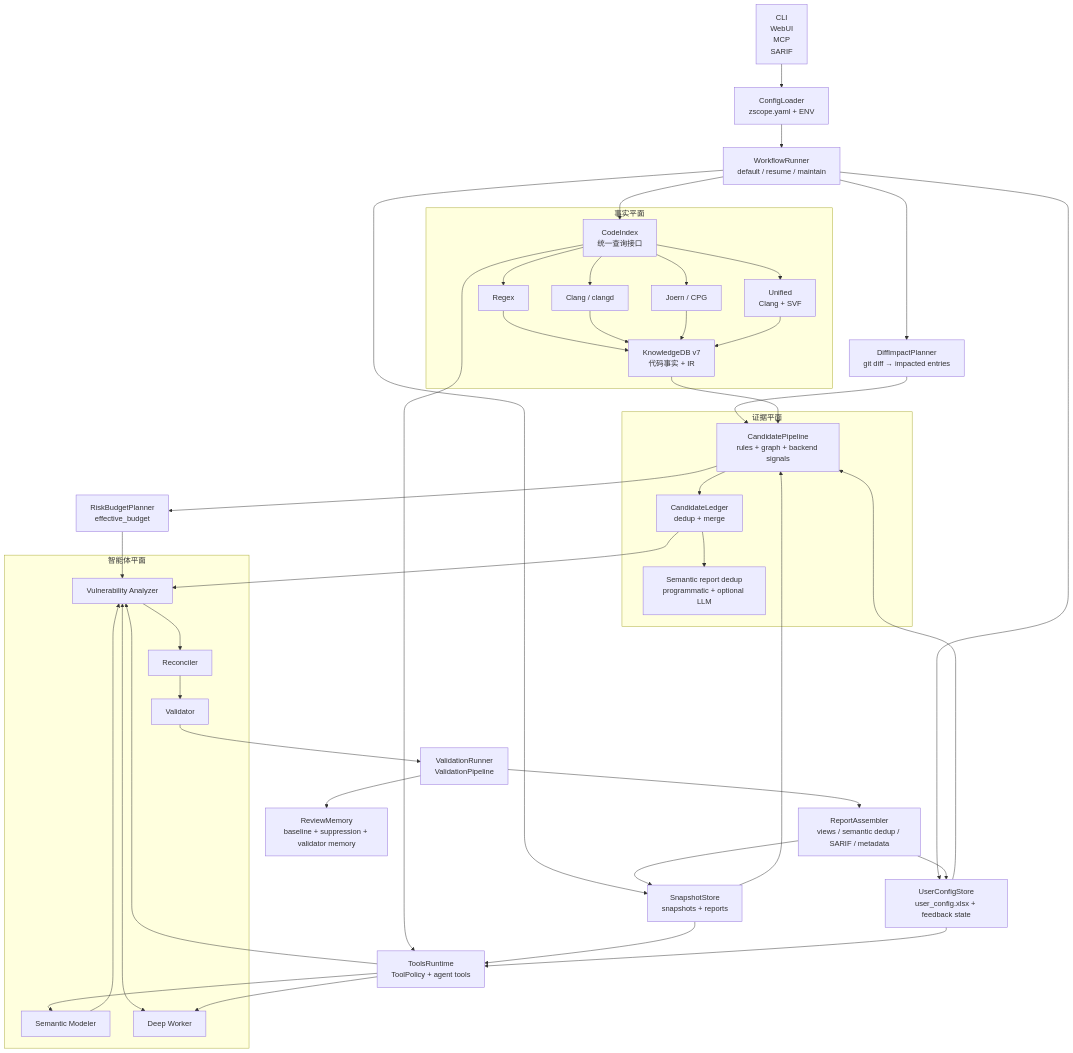
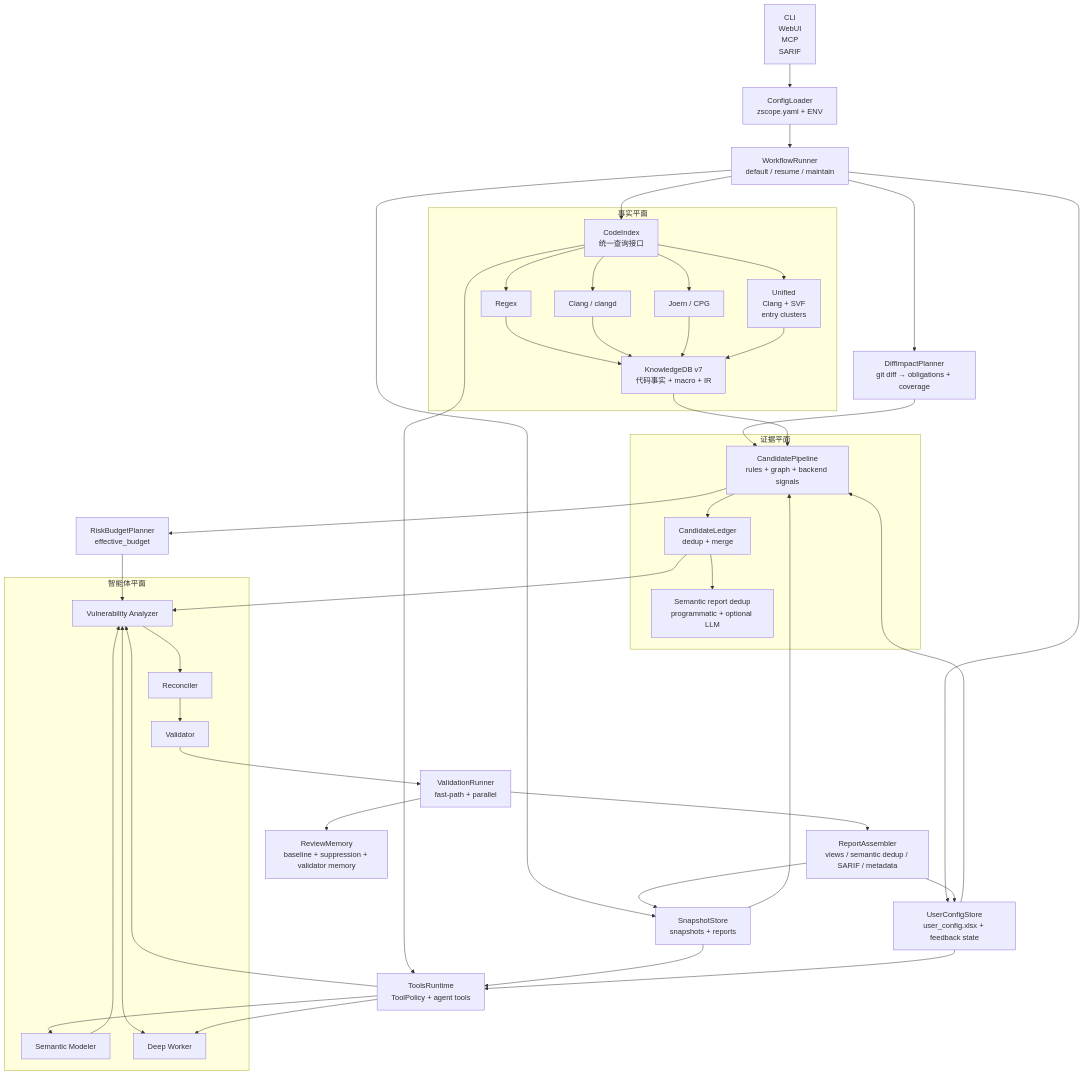
One commit to zealousness/Z-Scope changed the diagram in docs/architecture.md. Above: the diagram before and after it, drawn with Mermaid. The commit also changed other lines of this file and 4 other files, not shown here.

````diff
--- a/docs/architecture.md
+++ b/docs/architecture.md
@@ -44,70 +44,70 @@
 ```mermaid
 flowchart TB
     Ingress["CLI<br/>WebUI<br/>MCP<br/>SARIF"]
     Config["ConfigLoader<br/>zscope.yaml + ENV"]
     Workflow["WorkflowRunner<br/>default / resume / maintain"]
-    DiffImpact["DiffImpactPlanner<br/>git diff → impacted entries"]
+    DiffImpact["DiffImpactPlanner<br/>git diff → obligations + coverage"]
 
     subgraph FactPlane["事实平面"]
         Index["CodeIndex<br/>统一查询接口"]
         Regex["Regex"]
         Clang["Clang / clangd"]
         Joern["Joern / CPG"]
-        Unified["Unified<br/>Clang + SVF"]
-        KDB["KnowledgeDB v7<br/>代码事实 + IR"]
+        Unified["Unified<br/>Clang + SVF<br/>entry clusters"]
+        KDB["KnowledgeDB v7<br/>代码事实 + macro + IR"]
     end
 
     subgraph EvidencePlane["证据平面"]
         Candidate["CandidatePipeline<br/>rules + graph + backend signals"]
         Ledger["CandidateLedger<br/>dedup + merge"]
         SemanticDedup["Semantic report dedup<br/>programmatic + optional LLM"]
     end
 
     Budget["RiskBudgetPlanner<br/>effective_budget"]
     subgraph AgentPlane["智能体平面"]
         Modeler["Semantic Modeler"]
         Analyzer["Vulnerability Analyzer"]
         Worker["Deep Worker"]
         Reconciler["Reconciler"]
         Validator["Validator"]
     end
 
-    Validation["ValidationRunner<br/>ValidationPipeline"]
+    Validation["ValidationRunner<br/>fast-path + parallel"]
     ReviewMemory["ReviewMemory<br/>baseline + suppression + validator memory"]
     Tools["ToolsRuntime<br/>ToolPolicy + agent tools"]
     Snapshot["SnapshotStore<br/>snapshots + reports"]
     UserCfg["UserConfigStore<br/>user_config.xlsx + feedback state"]
     Report["ReportAssembler<br/>views / semantic dedup / SARIF / metadata"]
 
     Ingress --> Config --> Workflow
     Workflow --> DiffImpact --> Candidate
     Workflow --> Index
     Index --> Regex --> KDB
     Index --> Clang --> KDB
     Index --> Joern --> KDB
     Index --> Unified --> KDB
     Workflow --> Snapshot
     Workflow --> UserCfg
     KDB --> Candidate
     Snapshot --> Candidate
     UserCfg --> Candidate
     Candidate --> Ledger
     Ledger --> SemanticDedup
     Candidate --> Budget
     Budget --> Analyzer
     Ledger --> Analyzer
     Modeler --> Analyzer
     Analyzer <--> Worker
     Analyzer --> Reconciler --> Validator
     Validator --> Validation
     Validation --> ReviewMemory
     Tools --> Modeler
     Tools --> Analyzer
     Tools --> Worker
     Index --> Tools
     Snapshot --> Tools
     UserCfg --> Tools
     Validation --> Report
     Report --> Snapshot
     Report --> UserCfg
 ```
````
